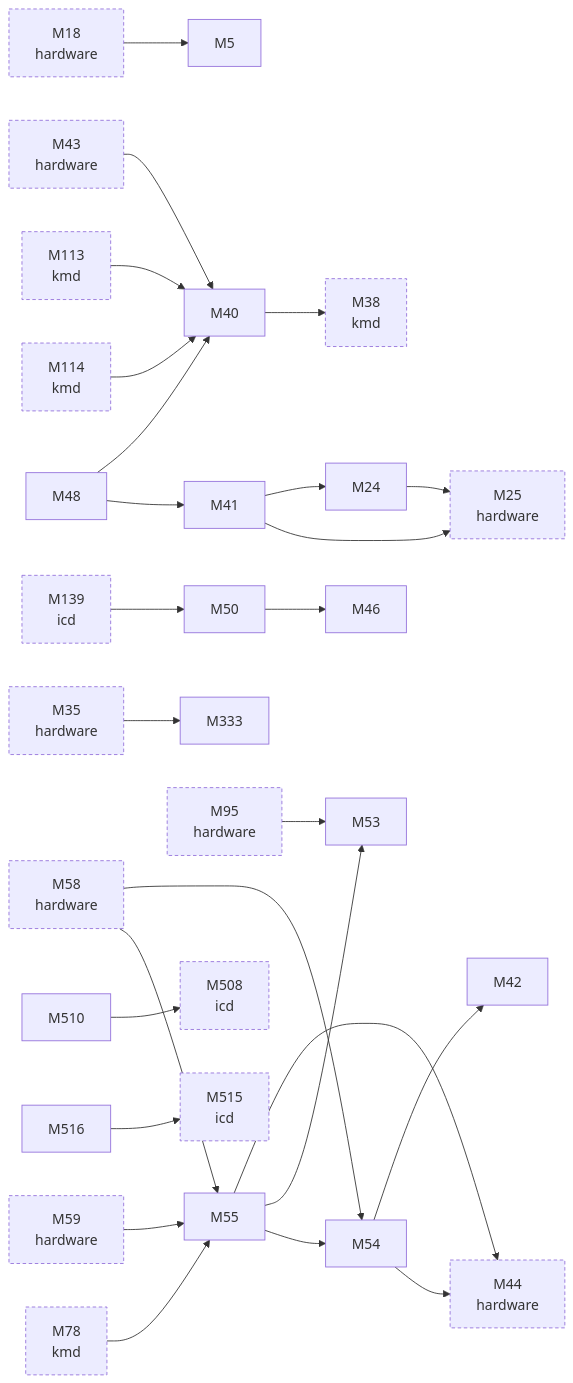
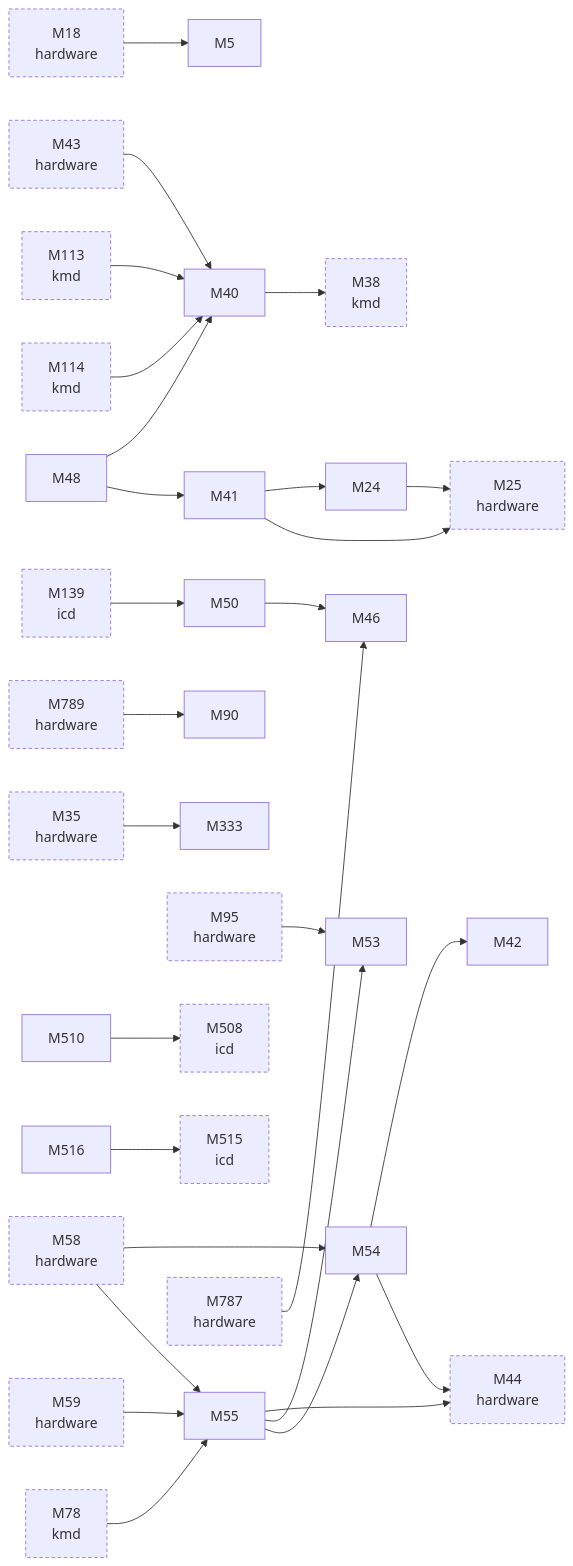
The second of 2 diagrams in docs/facts/graphs/linux.md (D-Ogi/amdgpu-wddm), drawn with Mermaid before and after one commit. The commit also changed 40 other files, not shown here.

````diff
--- a/docs/facts/graphs/linux.md
+++ b/docs/facts/graphs/linux.md
@@ -32,59 +32,64 @@
 ```mermaid
 flowchart LR
   M5["M5"]
   M18["M18<br/>hardware"]
   M24["M24"]
   M25["M25<br/>hardware"]
   M35["M35<br/>hardware"]
   M38["M38<br/>kmd"]
   M40["M40"]
   M41["M41"]
   M42["M42"]
   M43["M43<br/>hardware"]
   M44["M44<br/>hardware"]
   M46["M46"]
   M48["M48"]
   M50["M50"]
   M53["M53"]
   M54["M54"]
   M55["M55"]
   M58["M58<br/>hardware"]
   M59["M59<br/>hardware"]
   M78["M78<br/>kmd"]
+  M90["M90"]
   M95["M95<br/>hardware"]
   M113["M113<br/>kmd"]
   M114["M114<br/>kmd"]
   M139["M139<br/>icd"]
   M333["M333"]
   M508["M508<br/>icd"]
   M510["M510"]
   M515["M515<br/>icd"]
   M516["M516"]
+  M787["M787<br/>hardware"]
+  M789["M789<br/>hardware"]
   M18 --> M5
   M35 --> M333
   M43 --> M40
   M58 --> M54
   M58 --> M55
   M59 --> M55
   M95 --> M53
+  M787 --> M46
+  M789 --> M90
   M78 --> M55
   M113 --> M40
   M114 --> M40
   M139 --> M50
   M24 --> M25
   M40 --> M38
   M41 --> M24
   M41 --> M25
   M48 --> M40
   M48 --> M41
   M50 --> M46
   M54 --> M42
   M54 --> M44
   M55 --> M44
   M55 --> M53
   M55 --> M54
   M510 --> M508
   M516 --> M515
   classDef other stroke-dasharray:4 3
-  class M18,M25,M35,M38,M43,M44,M58,M59,M78,M95,M113,M114,M139,M508,M515 other
+  class M18,M25,M35,M38,M43,M44,M58,M59,M78,M95,M113,M114,M139,M508,M515,M787,M789 other
 ```
````
